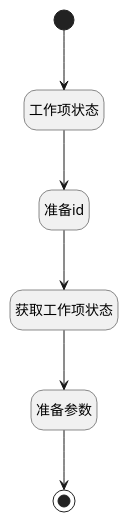
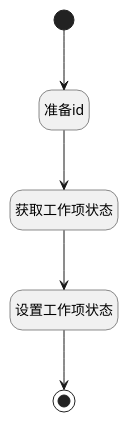
The diagram in doc/docsify/module/ProjMgmt/work_item/logic/fill_type_of_state.md (iBizLab/plm), drawn with PlantUML before and after one commit. The commit also changed other lines of this file and 1778 other files, not shown here.

````diff
--- a/doc/docsify/module/ProjMgmt/work_item/logic/fill_type_of_state.md
+++ b/doc/docsify/module/ProjMgmt/work_item/logic/fill_type_of_state.md
@@ -7,27 +7,25 @@
 ```plantuml
 @startuml
 hide empty description
 <style>
 root {
   HyperlinkColor #42b983
 }
 </style>
 
 hide empty description
 state "开始" as Begin <<start>> [[$./fill_type_of_state#begin {"开始"}]]
 state "结束" as END1 <<end>> [[$./fill_type_of_state#end1 {"结束"}]]
-state "工作项状态" as DEBUGPARAM1  [[$./fill_type_of_state#debugparam1 {"工作项状态"}]]
 state "准备id" as PREPAREPARAM1  [[$./fill_type_of_state#prepareparam1 {"准备id"}]]
 state "获取工作项状态" as DEACTION1  [[$./fill_type_of_state#deaction1 {"获取工作项状态"}]]
-state "准备参数" as PREPAREPARAM2  [[$./fill_type_of_state#prepareparam2 {"准备参数"}]]
+state "设置工作项状态" as PREPAREPARAM2  [[$./fill_type_of_state#prepareparam2 {"设置工作项状态"}]]
 
 
-Begin --> DEBUGPARAM1
-DEBUGPARAM1 --> PREPAREPARAM1
+Begin --> PREPAREPARAM1
 PREPAREPARAM1 --> DEACTION1
 DEACTION1 --> PREPAREPARAM2
 PREPAREPARAM2 --> END1
 
 
 @enduml
 ```
````
